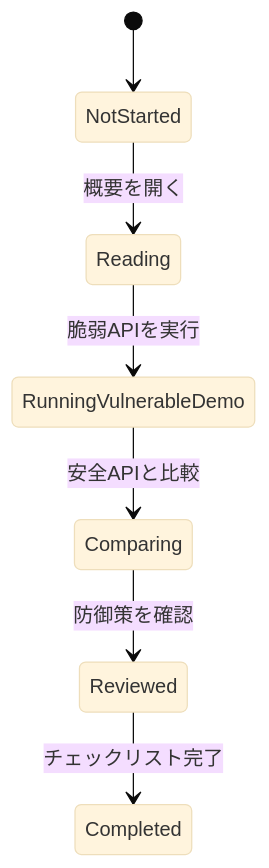
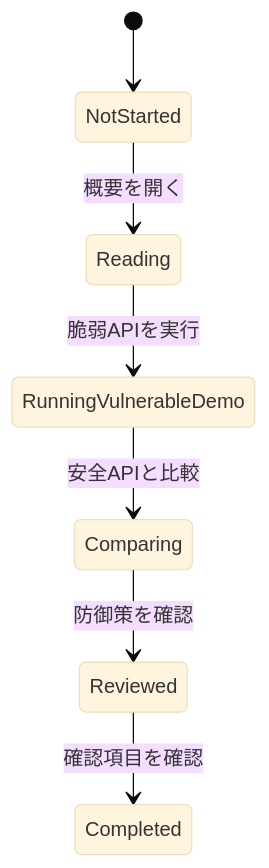
One commit to kiryu1211/api-security-lab-platform changed the diagram in docs/requirements.ja.md. Above: the diagram before and after it, drawn with Mermaid (base theme). The commit also changed other lines of this file and 10 other files, not shown here.

````diff
--- a/docs/requirements.ja.md
+++ b/docs/requirements.ja.md
@@ -40,9 +48,9 @@
 ```mermaid
 stateDiagram-v2
     [*] --> NotStarted
     NotStarted --> Reading: 概要を開く
     Reading --> RunningVulnerableDemo: 脆弱APIを実行
     RunningVulnerableDemo --> Comparing: 安全APIと比較
     Comparing --> Reviewed: 防御策を確認
-    Reviewed --> Completed: チェックリスト完了
+    Reviewed --> Completed: 確認項目を確認
 ```
````
